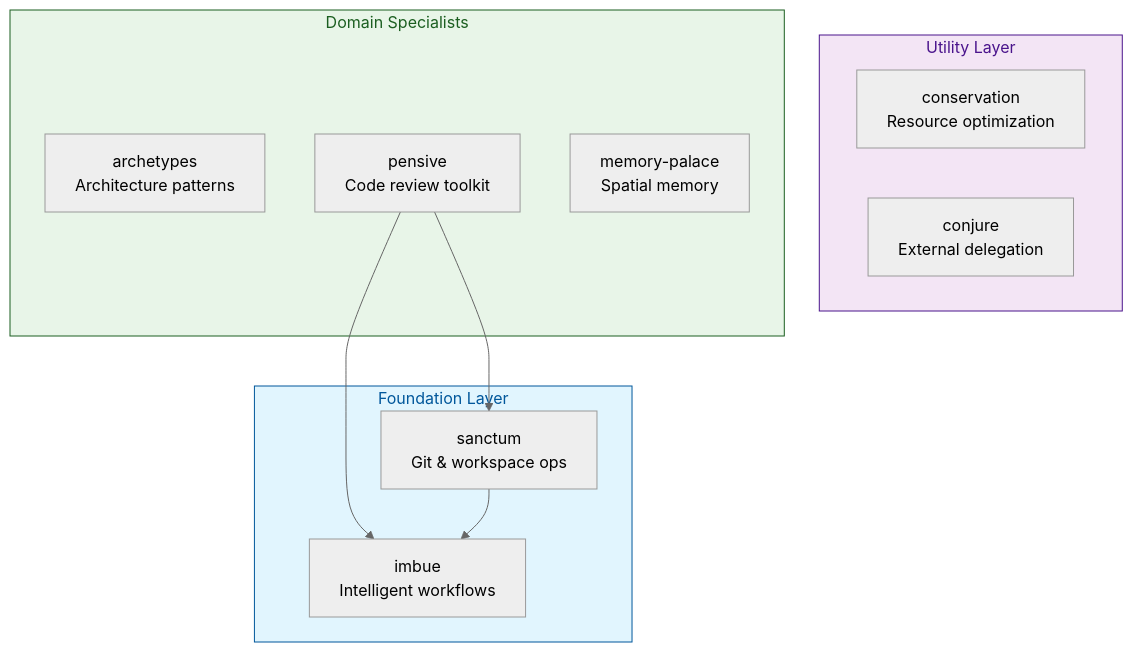
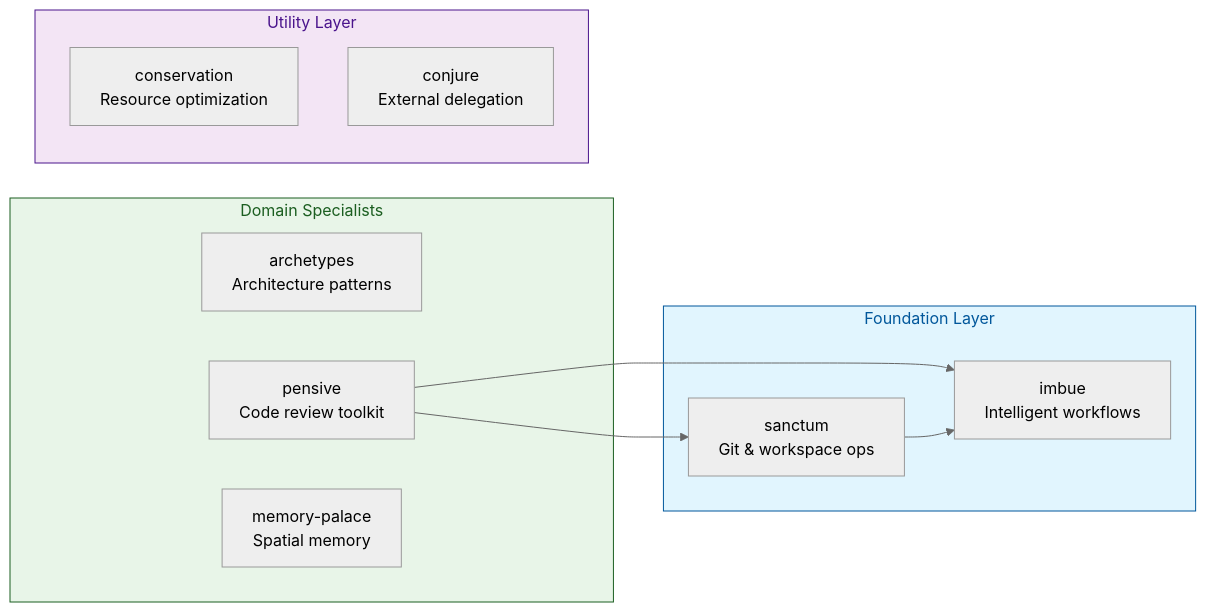
One commit to athola/claude-night-market changed the diagram in README.md. Above: the diagram before and after it, drawn with Mermaid (neutral theme).

Commit message:
fixing arrow through Foundation Layer

````diff
--- a/README.md
+++ b/README.md
@@ -100,26 +100,26 @@
 ```mermaid
-graph TD
+graph LR
+    subgraph Domain[Domain Specialists]
+        archetypes[archetypes<br/>Architecture patterns]
+        pensive[pensive<br/>Code review toolkit]
+        memory_palace[memory-palace<br/>Spatial memory]
+    end
+
     subgraph Foundation[Foundation Layer]
         imbue[imbue<br/>Intelligent workflows]
         sanctum[sanctum<br/>Git & workspace ops]
     end
 
     subgraph Utility[Utility Layer]
         conservation[conservation<br/>Resource optimization]
         conjure[conjure<br/>External delegation]
     end
 
-    subgraph Domain[Domain Specialists]
-        archetypes[archetypes<br/>Architecture patterns]
-        pensive[pensive<br/>Code review toolkit]
-        memory_palace[memory-palace<br/>Spatial memory]
-    end
-
     pensive --> imbue
     pensive --> sanctum
     sanctum --> imbue
 
     style Foundation fill:#e1f5fe,stroke:#01579b,color:#01579b
     style Utility fill:#f3e5f5,stroke:#4a148c,color:#4a148c
     style Domain fill:#e8f5e8,stroke:#1b5e20,color:#1b5e20
 ```
````
